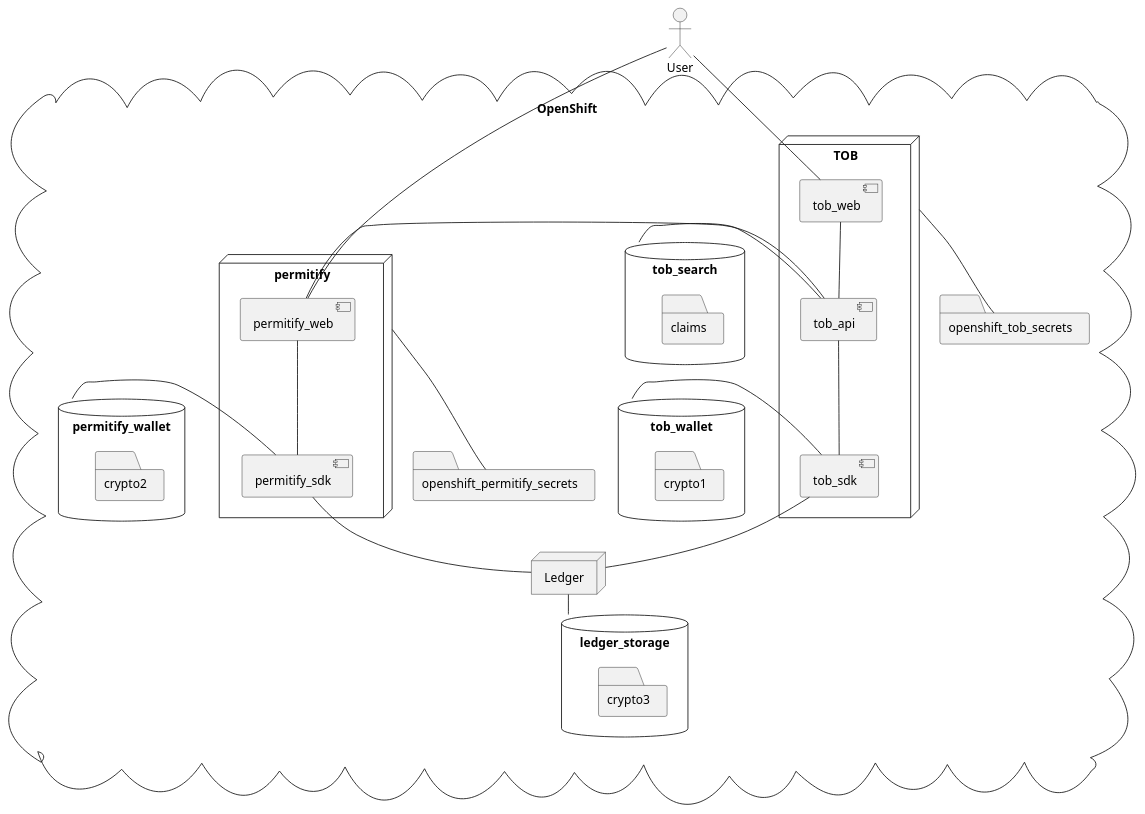
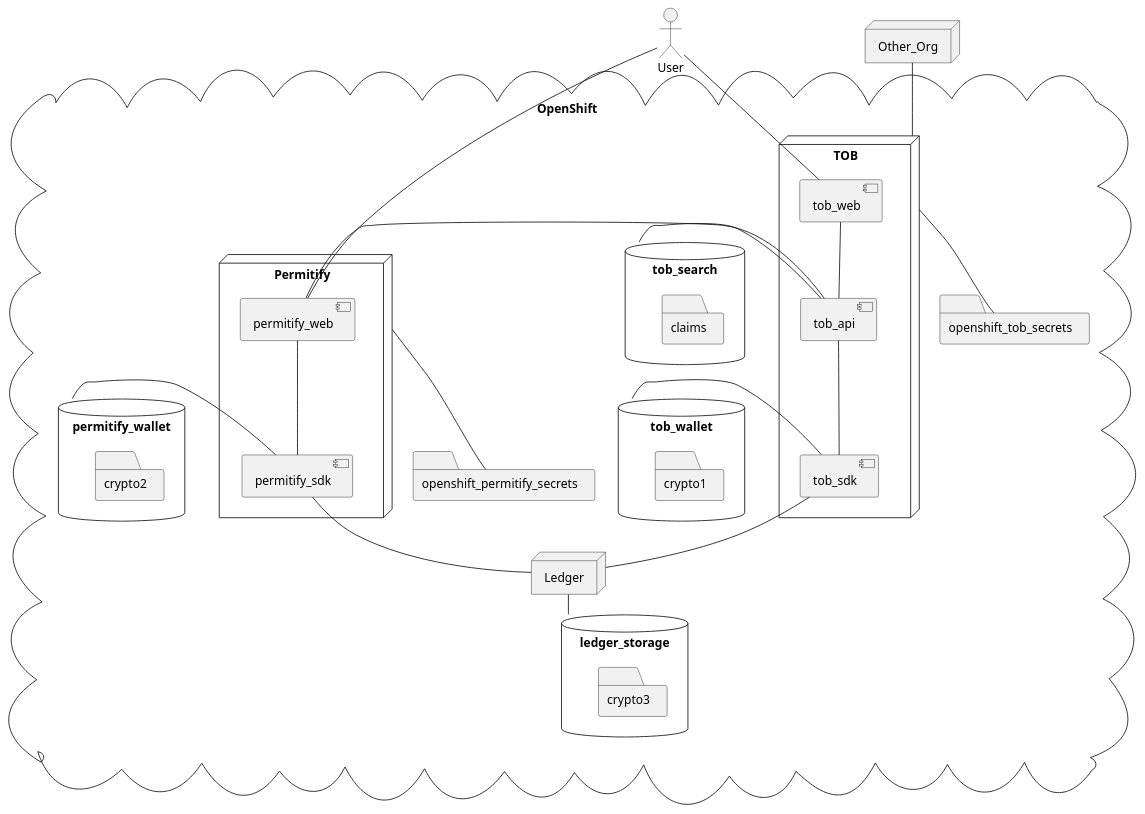
The diagram in doc/wallet/tob-overview.puml (bcgov/indy-sdk), drawn with PlantUML before and after one commit. The commit also changed 6 other files, not shown here.

```diff
--- a/doc/wallet/tob-overview.puml
+++ b/doc/wallet/tob-overview.puml
@@ -1,53 +1,56 @@
 @startuml
 
 actor User
+
+node Other_Org
 
 cloud OpenShift {
   node Ledger
   database ledger_storage {
     folder crypto3
   }
 
   node TOB {
     component tob_web
     component tob_api
     component tob_sdk
   }
   folder openshift_tob_secrets
   database tob_search {
     folder claims
   }
   database tob_wallet {
     folder crypto1
   }
 
-  node permitify {
+  node Permitify {
     component permitify_web
     component permitify_sdk
   }
   folder openshift_permitify_secrets
   database permitify_wallet {
     folder crypto2
   }
 }
 
 User -down- tob_web
 User -down- permitify_web
+Other_Org -down- TOB
 
 tob_web -down- tob_api
 tob_api -down- tob_sdk
 tob_sdk -down- Ledger
 tob_api -left- tob_search
 tob_sdk -left- tob_wallet
 
 permitify_web -down- permitify_sdk
 permitify_sdk -down- Ledger
 permitify_web -left- tob_api
 permitify_sdk -left- permitify_wallet
 
 TOB -down- openshift_tob_secrets
-permitify -down- openshift_permitify_secrets
+Permitify -down- openshift_permitify_secrets
 
 Ledger -down- ledger_storage
 
 @enduml
```
